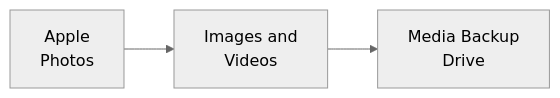
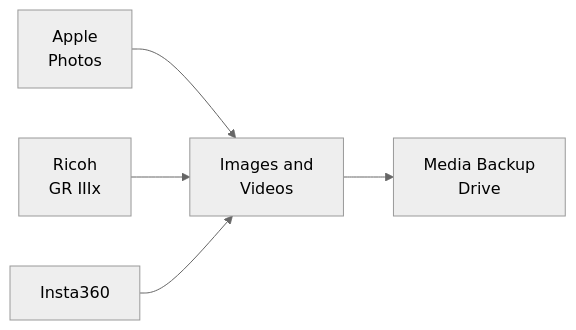
One commit to iamharryliu/vigilant-broccoli changed the diagram in notes/personal/content-management-audit.md. Above: the diagram before and after it, drawn with Mermaid (neutral theme). The commit also changed 6 other files, not shown here.

````diff
--- a/notes/personal/content-management-audit.md
+++ b/notes/personal/content-management-audit.md
@@ -52,4 +52,6 @@
 ```mermaid
 flowchart LR
     A["Apple<br/>Photos"] --> B["Images and<br/>Videos"] --> C["Media Backup<br/>Drive"]
+    D["Ricoh<br/>GR IIIx"] --> B
+    E["Insta360"] --> B
 ```
````
